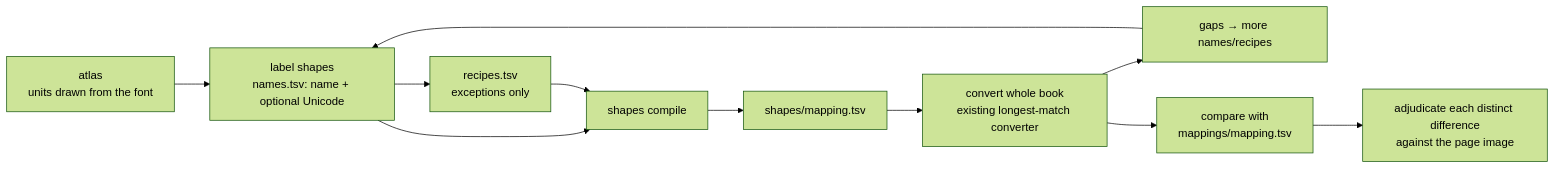
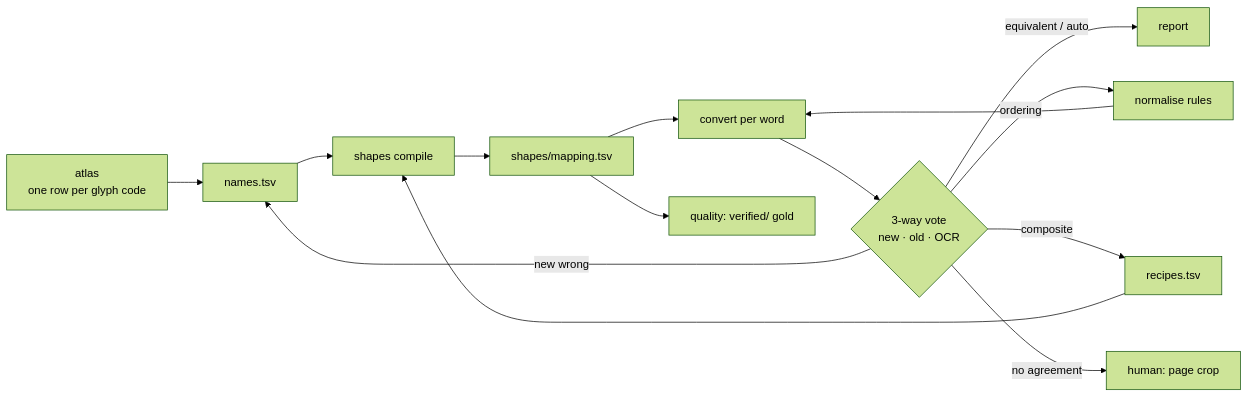
One commit to miriyald/te-recover-pdf changed the diagram in docs/specs/shape-names-recipes/plan.md. Above: the diagram before and after it, drawn with Mermaid (forest theme). The commit also changed other lines of this file and 17 other files, not shown here.

First line of the commit message:
Add shape-name mapping: per-glyph atlas, shapes compiler, compare

````diff
--- a/docs/specs/shape-names-recipes/plan.md
+++ b/docs/specs/shape-names-recipes/plan.md
@@ -35,13 +41,16 @@
 ```mermaid
 flowchart LR
-  A[atlas<br/>units drawn from the font] --> B[label shapes<br/>names.tsv: name + optional Unicode]
-  B --> C[recipes.tsv<br/>exceptions only]
+  A[atlas<br/>one row per glyph code] --> B[names.tsv]
   B --> D[shapes compile]
-  C --> D
+  C[recipes.tsv] --> D
+  N[normalise rules] --> F
   D --> E[shapes/mapping.tsv]
-  E --> F[convert whole book<br/>existing longest-match converter]
-  F --> G[gaps → more names/recipes]
-  G --> B
-  F --> H[compare with<br/>mappings/mapping.tsv]
-  H --> I[adjudicate each distinct difference<br/>against the page image]
+  E --> F[convert per word]
+  F --> G{3-way vote<br/>new · old · OCR}
+  G -->|equivalent / auto| R[report]
+  G -->|new wrong| B
+  G -->|ordering| N
+  G -->|composite| C
+  G -->|no agreement| H[human: page crop]
+  E --> Q[quality: verified/ gold]
 ```
````
